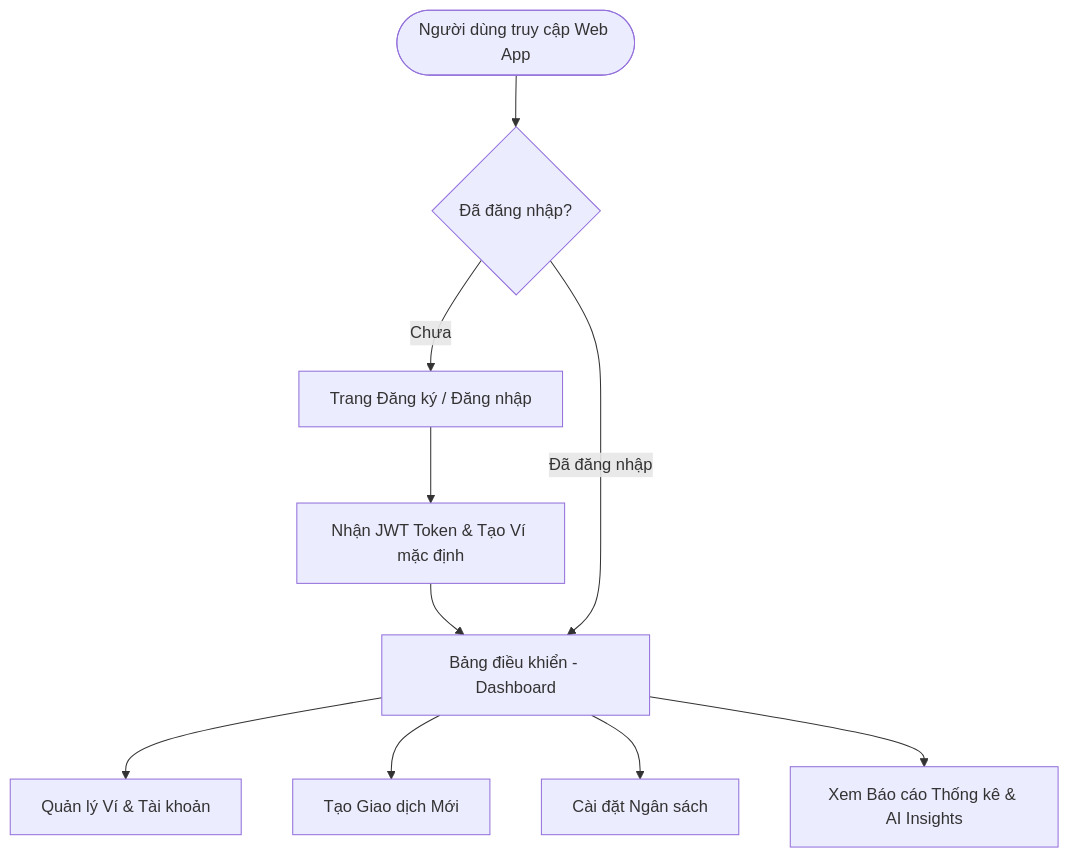
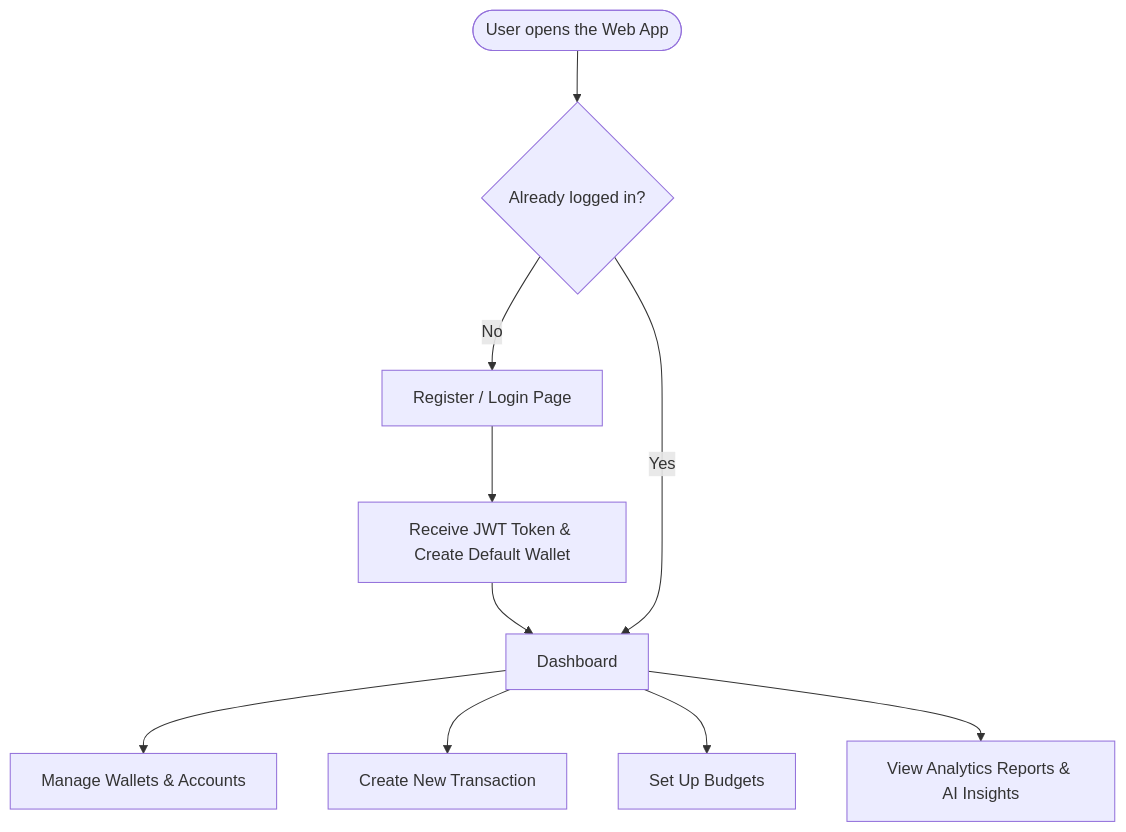
Before and after one commit to pie-12/budgetly: the first of 3 diagrams in docs/architecture/USER_FLOW.md, drawn with Mermaid. The commit also changed other lines of this file and 10 other files, not shown here.

````diff
--- a/docs/architecture/USER_FLOW.md
+++ b/docs/architecture/USER_FLOW.md
@@ -9,15 +9,15 @@
 ```mermaid
 graph TD
-    Start([Người dùng truy cập Web App]) --> CheckAuth{Đã đăng nhập?}
+    Start([User opens the Web App]) --> CheckAuth{Already logged in?}
     
-    CheckAuth -->|Chưa| AuthPage[Trang Đăng ký / Đăng nhập]
-    AuthPage --> AuthSuccess[Nhận JWT Token & Tạo Ví mặc định]
+    CheckAuth -->|No| AuthPage[Register / Login Page]
+    AuthPage --> AuthSuccess[Receive JWT Token & Create Default Wallet]
     AuthSuccess --> Dashboard
     
-    CheckAuth -->|Đã đăng nhập| Dashboard[Bảng điều khiển - Dashboard]
+    CheckAuth -->|Yes| Dashboard[Dashboard]
     
-    Dashboard --> Nav1[Quản lý Ví & Tài khoản]
-    Dashboard --> Nav2[Tạo Giao dịch Mới]
-    Dashboard --> Nav3[Cài đặt Ngân sách]
-    Dashboard --> Nav4[Xem Báo cáo Thống kê & AI Insights]
+    Dashboard --> Nav1[Manage Wallets & Accounts]
+    Dashboard --> Nav2[Create New Transaction]
+    Dashboard --> Nav3[Set Up Budgets]
+    Dashboard --> Nav4[View Analytics Reports & AI Insights]
 ```
````
